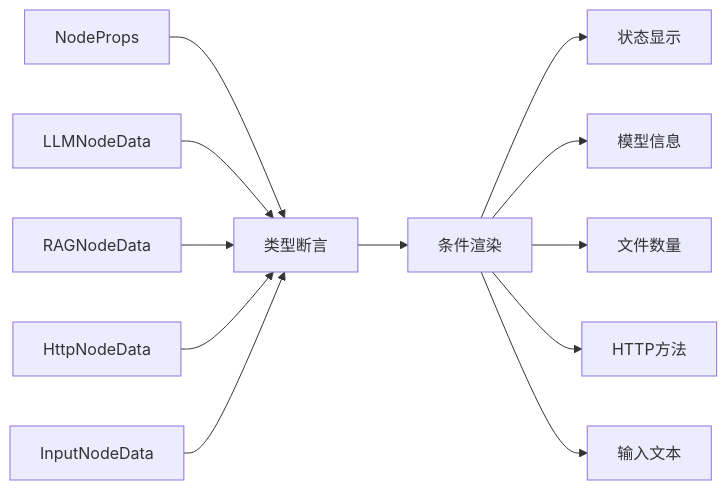
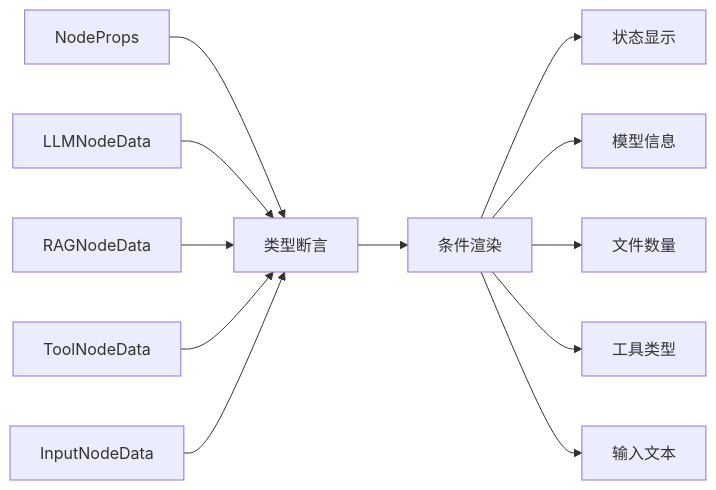
Before and after one commit to JasperLin2333/Flash-Flow: the ninth of 9 diagrams in .qoder/repowiki/zh/content/数据模型与类型定义/数据模型与类型定义.md, drawn with Mermaid. The commit also changed other lines of this file and 121 other files, not shown here.

````diff
--- a/.qoder/repowiki/zh/content/数据模型与类型定义/数据模型与类型定义.md
+++ b/.qoder/repowiki/zh/content/数据模型与类型定义/数据模型与类型定义.md
@@ -361,14 +369,14 @@
 ```mermaid
 flowchart LR
 A[NodeProps] --> B[类型断言]
 B --> C[条件渲染]
 C --> D[状态显示]
 B1[LLMNodeData] --> B
 B2[RAGNodeData] --> B
-B3[HttpNodeData] --> B
+B3[ToolNodeData] --> B
 B4[InputNodeData] --> B
 C --> D1[模型信息]
 C --> D2[文件数量]
-C --> D3[HTTP方法]
+C --> D3[工具类型]
 C --> D4[输入文本]
 ```
````
